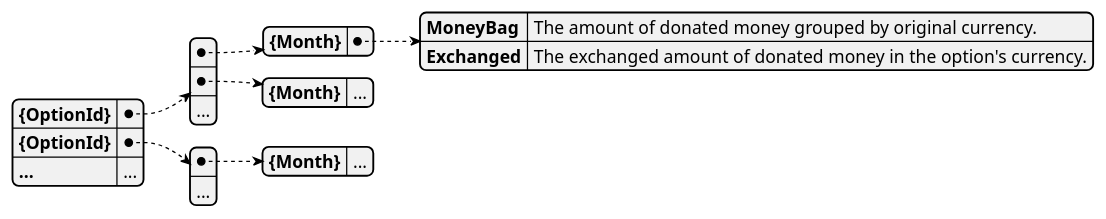
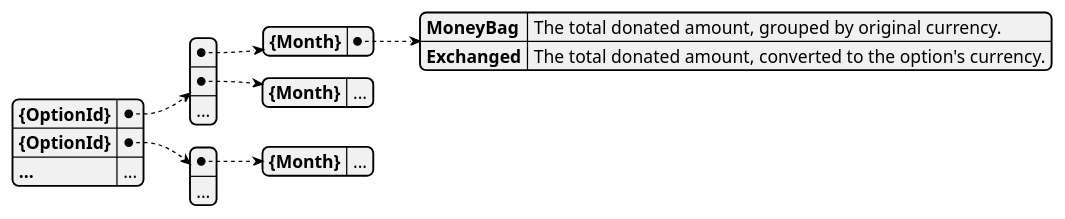
One commit to joost-morsink/FF-admin-module changed the diagram in wiki/models/monthly_donations.md. Above: the diagram before and after it, drawn with PlantUML. The commit also changed other lines of this file and 21 other files, not shown here.

````diff
--- a/wiki/models/monthly_donations.md
+++ b/wiki/models/monthly_donations.md
@@ -10,16 +10,14 @@
 ```plantuml
 @startyaml
-
 {OptionId}:
   - {Month}:
-      MoneyBag: The amount of donated money grouped by original currency.
-      Exchanged: The exchanged amount of donated money in the option's currency.
+      MoneyBag: The total donated amount, grouped by original currency.
+      Exchanged: The total donated amount, converted to the option's currency.
   - {Month}: ...
   - ...
 {OptionId}:
   - {Month}: ...
   - ...
 ... : ...
-
 @endyaml
 ```
````
